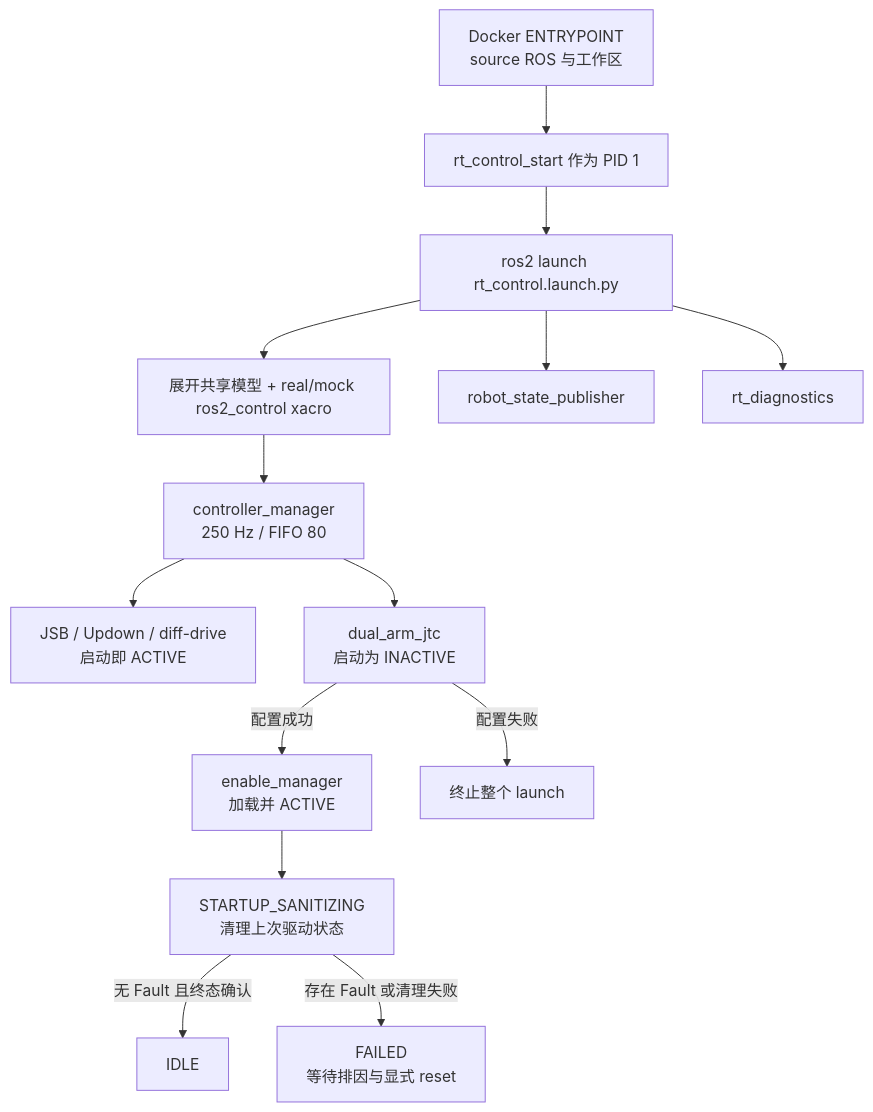
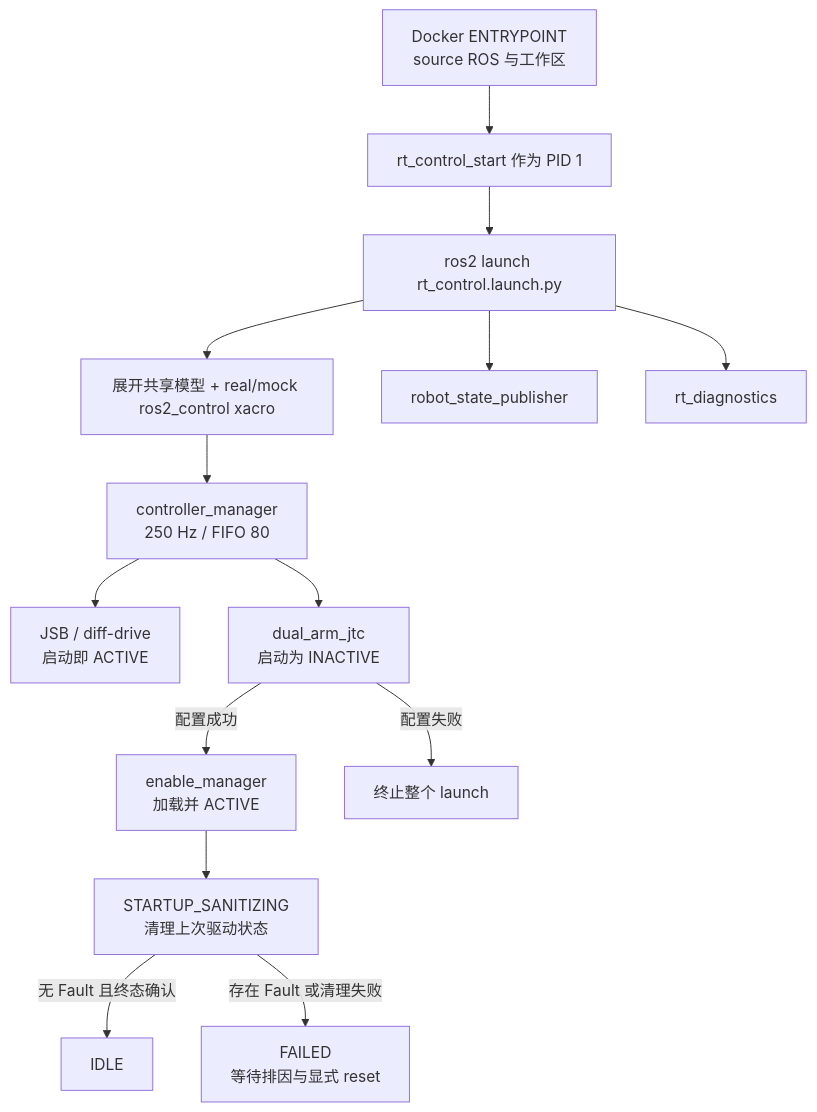
The third of 4 diagrams in domains/rt_control/docs/onboarding-knowledge-map.md (SevenovaHangzhou/robot_driver), drawn with Mermaid before and after one commit. The commit also changed other lines of this file and 35 other files, not shown here.

````diff
--- a/domains/rt_control/docs/onboarding-knowledge-map.md
+++ b/domains/rt_control/docs/onboarding-knowledge-map.md
@@ -119,16 +117,16 @@
 ```mermaid
 flowchart TD
     D[Docker ENTRYPOINT<br/>source ROS 与工作区] --> P[rt_control_start 作为 PID 1]
     P --> L[ros2 launch rt_control.launch.py]
     L --> X[展开共享模型 + real/mock ros2_control xacro]
     X --> CM[controller_manager<br/>250 Hz / FIFO 80]
     L --> RSP[robot_state_publisher]
     L --> DIAG[rt_diagnostics]
-    CM --> A[JSB / Updown / diff-drive<br/>启动即 ACTIVE]
+    CM --> A[JSB / diff-drive<br/>启动即 ACTIVE]
     CM --> J[dual_arm_jtc<br/>启动为 INACTIVE]
     J -->|配置成功| EM[enable_manager<br/>加载并 ACTIVE]
     EM --> SS[STARTUP_SANITIZING<br/>清理上次驱动状态]
     SS -->|无 Fault 且终态确认| IDLE[IDLE]
     SS -->|存在 Fault 或清理失败| FAILED[FAILED<br/>等待排因与显式 reset]
     J -->|配置失败| STOP[终止整个 launch]
 ```
````
